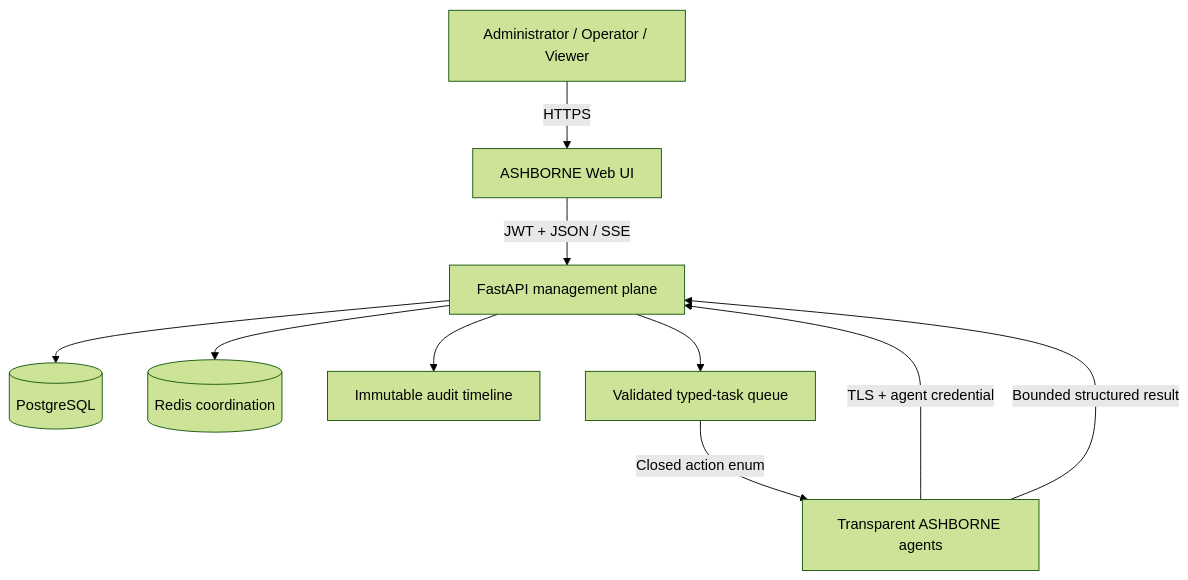
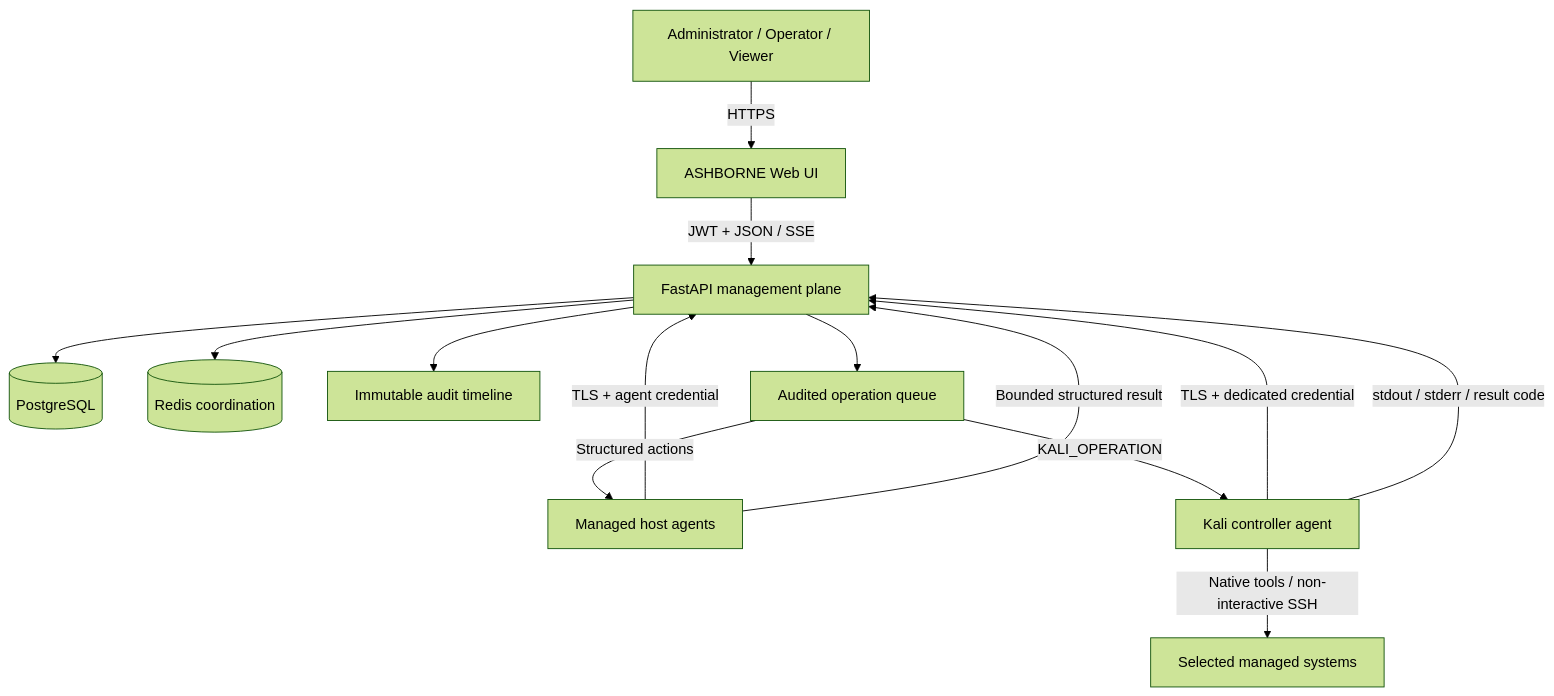
Before and after one commit to smokericeash/ashborne: the diagram in README.md, drawn with Mermaid (forest theme). The commit also changed other lines of this file and 55 other files, not shown here.

````diff
--- a/README.md
+++ b/README.md
@@ -84,12 +86,16 @@
 ```mermaid
 flowchart TB
     Operator[Administrator / Operator / Viewer] -->|HTTPS| UI[ASHBORNE Web UI]
     UI -->|JWT + JSON / SSE| API[FastAPI management plane]
     API --> DB[(PostgreSQL)]
     API --> Redis[(Redis coordination)]
     API --> Audit[Immutable audit timeline]
-    API --> Queue[Validated typed-task queue]
-    Agents[Transparent ASHBORNE agents] -->|TLS + agent credential| API
-    Queue -->|Closed action enum| Agents
+    API --> Queue[Audited operation queue]
+    Agents[Managed host agents] -->|TLS + agent credential| API
+    Kali[Kali controller agent] -->|TLS + dedicated credential| API
+    Queue -->|Structured actions| Agents
+    Queue -->|KALI_OPERATION| Kali
+    Kali -->|Native tools / non-interactive SSH| Targets[Selected managed systems]
     Agents -->|Bounded structured result| API
+    Kali -->|stdout / stderr / result code| API
 ```
````
